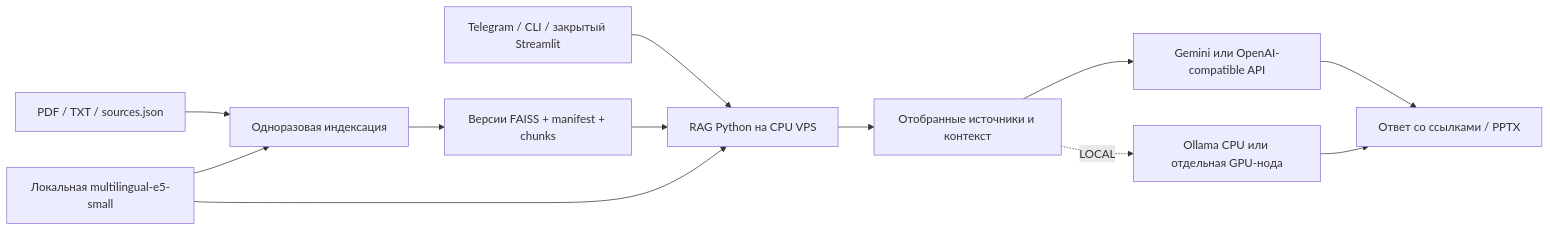
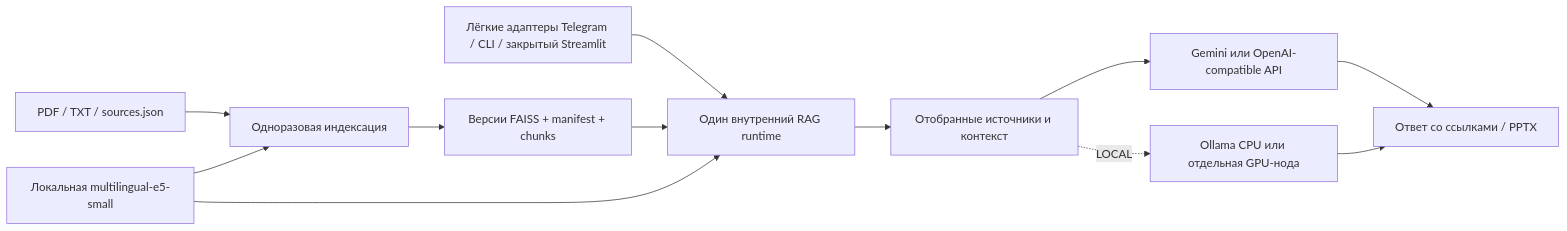
The diagram in docs/superpowers/specs/2026-09-29-local-first-vps-design.md (vitalpicnic/rag), drawn with Mermaid before and after one commit. The commit also changed other lines of this file and 1 other file, not shown here.

Commit message:
docs: revise local-first specification for 8 GB VPS

````diff
--- a/docs/superpowers/specs/2026-09-29-local-first-vps-design.md
+++ b/docs/superpowers/specs/2026-09-29-local-first-vps-design.md
@@ -133,14 +166,14 @@
 ```mermaid
 flowchart LR
-    U[Telegram / CLI / закрытый Streamlit] --> R[RAG Python на CPU VPS]
+    U[Лёгкие адаптеры Telegram / CLI / закрытый Streamlit] --> R[Один внутренний RAG runtime]
     D[PDF / TXT / sources.json] --> I[Одноразовая индексация]
     M[Локальная multilingual-e5-small] --> I
     M --> R
     I --> V[Версии FAISS + manifest + chunks]
     V --> R
     R --> E[Отобранные источники и контекст]
     E --> G[Gemini или OpenAI-compatible API]
     E -. LOCAL .-> O[Ollama CPU или отдельная GPU-нода]
     G --> A[Ответ со ссылками / PPTX]
     O --> A
 ```
````
